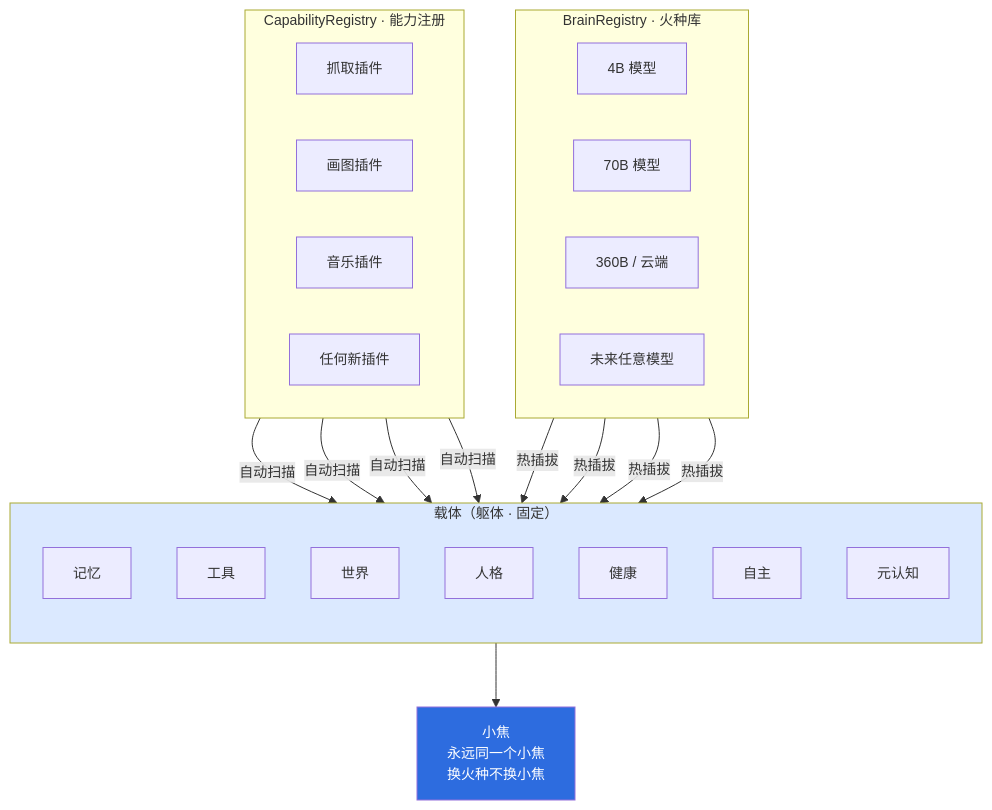
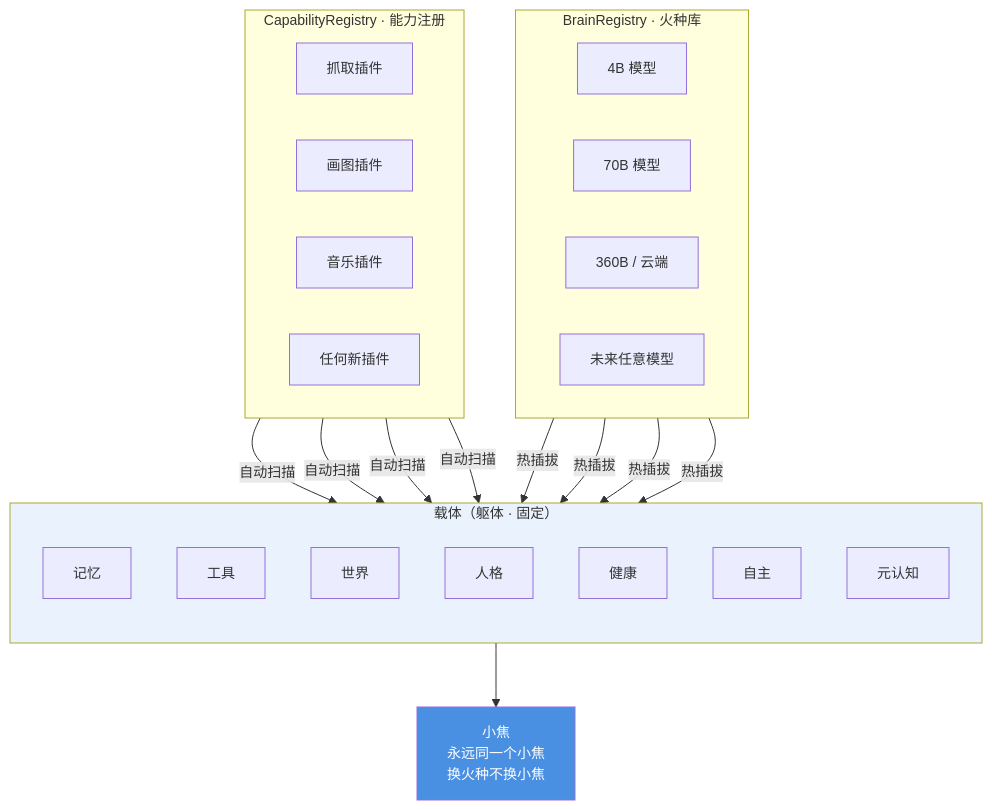
The sixth of 20 diagrams in docs/architecture-diagrams.md (jiangchuangege/xiaojiao-harnees), drawn with Mermaid before and after one commit. The commit also changed other lines of this file and 32 other files, not shown here.

Commit message:
统一：全仓原理图配色到一套调色板 + 给 12 张灰图补色 + 修正自己会睡那张过期图

````diff
--- a/docs/architecture-diagrams.md
+++ b/docs/architecture-diagrams.md
@@ -215,43 +215,43 @@
 ```mermaid
 %%{init: {"themeVariables": {"fontSize": "14px"}, "flowchart": {"htmlLabels": true, "wrappingWidth": 360, "nodeSpacing": 46, "rankSpacing": 64, "useMaxWidth": true}}}%%
 flowchart TB
     subgraph BRAINS["BrainRegistry · 火种库"]
         direction LR
         B1["4B 模型"]
         B2["70B 模型"]
         B3["360B / 云端"]
         B4["未来任意模型"]
     end
     subgraph CAPS["CapabilityRegistry · 能力注册"]
         direction LR
         P1["抓取插件"]
         P2["画图插件"]
         P3["音乐插件"]
         P4["任何新插件"]
     end
 
     B1 -->|"热插拔"| BODY
     B2 -->|"热插拔"| BODY
     B3 -->|"热插拔"| BODY
     B4 -->|"热插拔"| BODY
     P1 -->|"自动扫描"| BODY
     P2 -->|"自动扫描"| BODY
     P3 -->|"自动扫描"| BODY
     P4 -->|"自动扫描"| BODY
 
     subgraph BODY["载体（躯体 · 固定）"]
         direction TB
         S1["记忆"]
         S2["工具"]
         S3["世界"]
         S4["人格"]
         S5["健康"]
         S6["自主"]
         S7["元认知"]
     end
 
     BODY --> OUT["小焦<br/>永远同一个小焦<br/>换火种不换小焦"]
 
-    style BODY fill:#dbe9ff
-    style OUT fill:#2d6cdf,color:#fff
+    style BODY fill:#EAF2FD
+    style OUT fill:#4A90E2,color:#fff
 ```
````
